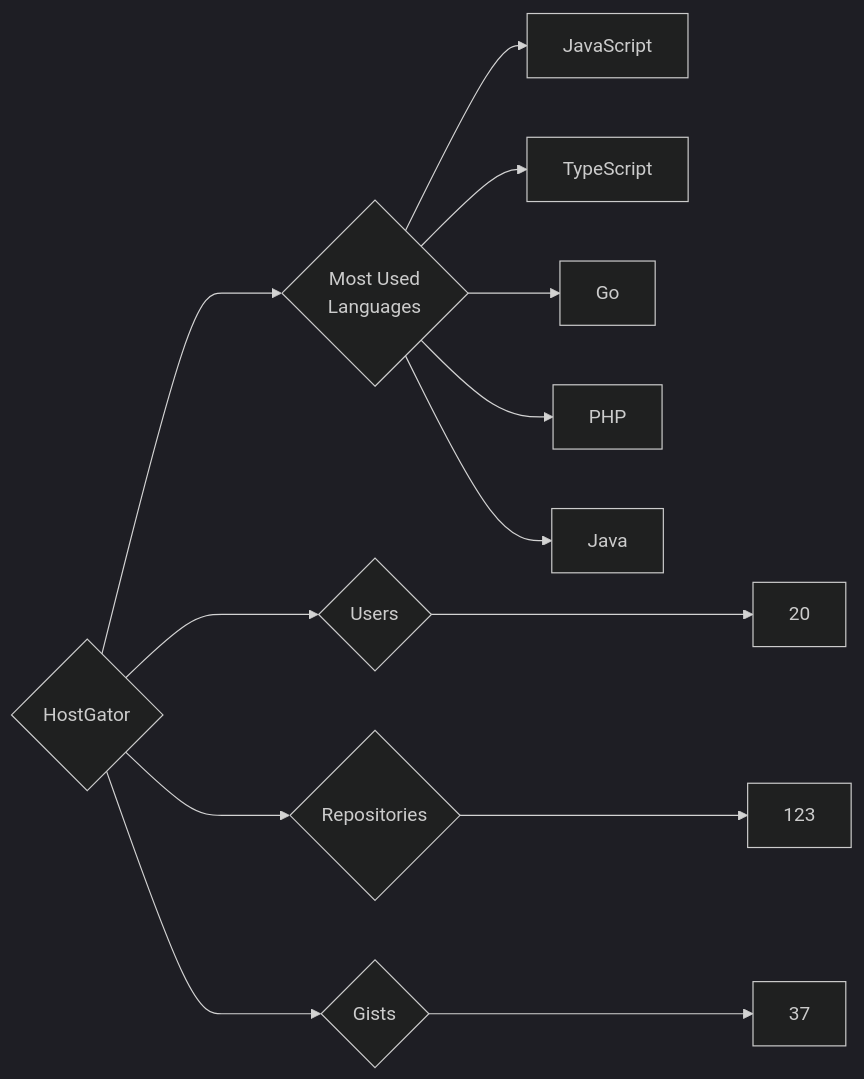
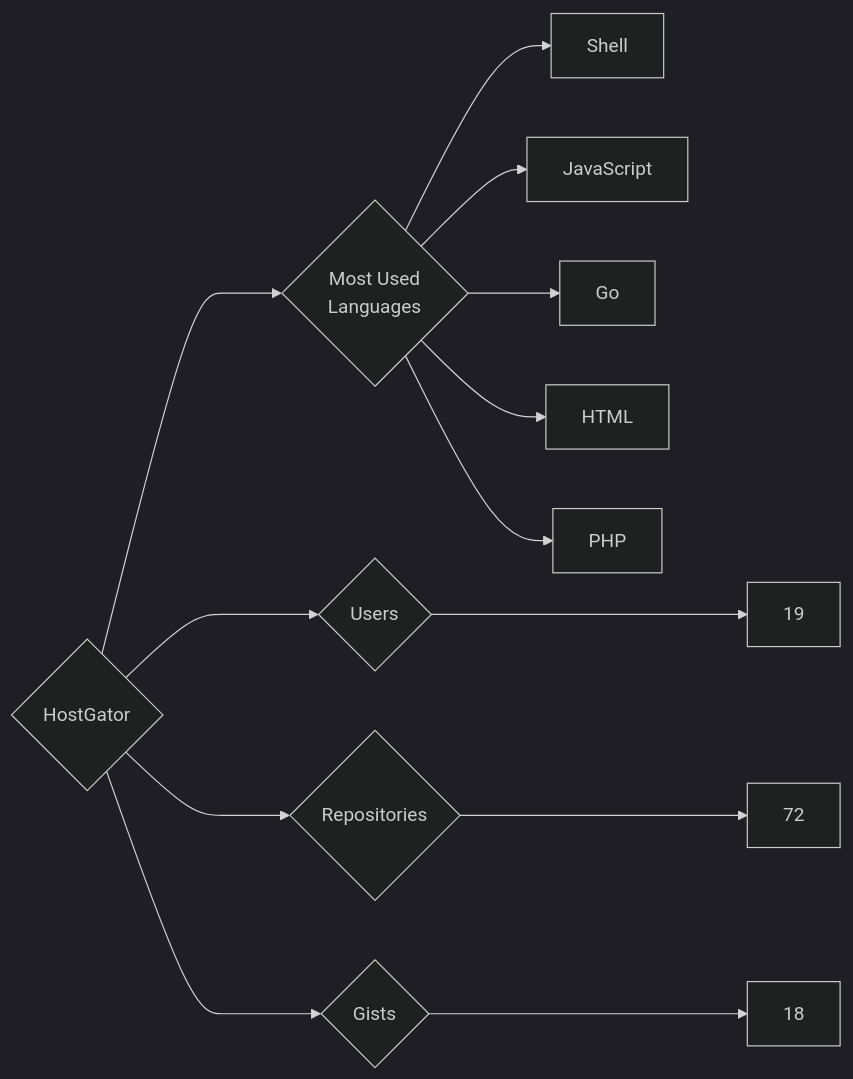
The diagram in targets/HostGator/README.md (trickest/insiders), drawn with Mermaid (dark theme) before and after one commit. The commit also changed 826 other files, not shown here.

````diff
--- a/targets/HostGator/README.md
+++ b/targets/HostGator/README.md
@@ -3,13 +3,13 @@
 ```mermaid
 graph LR
 COMPANY_NAME{HostGator}
-COMPANY_NAME ---> U{Users} ---> UN[20]
-COMPANY_NAME ---> R{Repositories} ---> RN[123]
-COMPANY_NAME ---> G{Gists} ---> GN[37]
+COMPANY_NAME ---> U{Users} ---> UN[19]
+COMPANY_NAME ---> R{Repositories} ---> RN[72]
+COMPANY_NAME ---> G{Gists} ---> GN[18]
 COMPANY_NAME ---> ML{Most Used<br>Languages}
+ML --> Shell[Shell]
 ML --> JavaScript[JavaScript]
-ML --> TypeScript[TypeScript]
 ML --> Go[Go]
+ML --> HTML[HTML]
 ML --> PHP[PHP]
-ML --> Java[Java]
 ```
````
